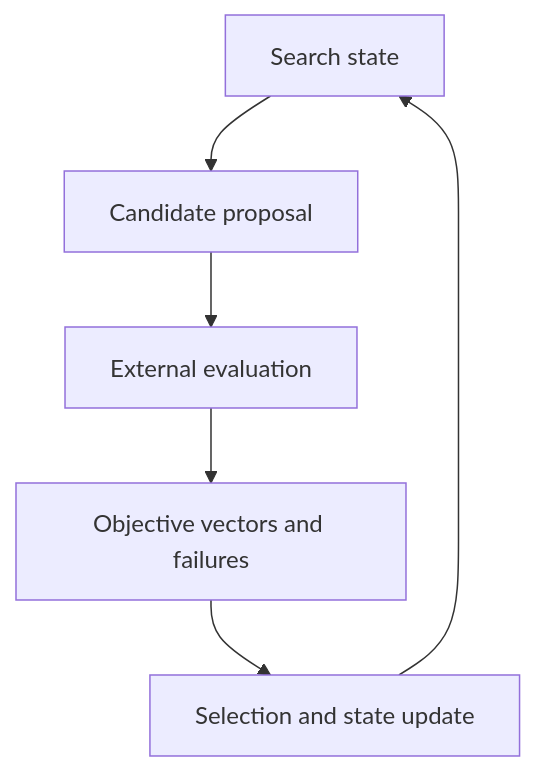
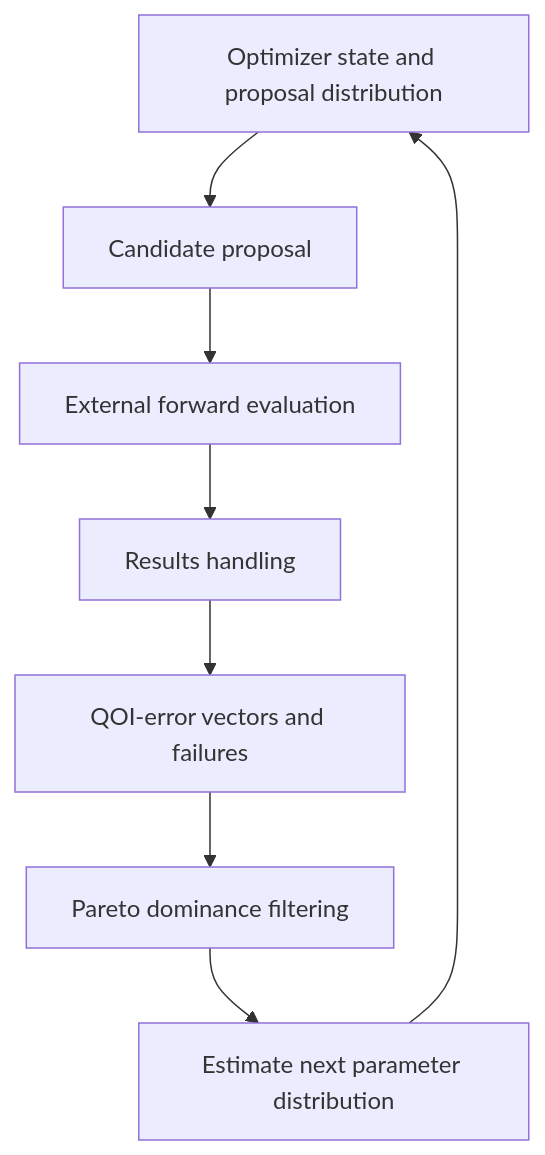
One commit to eragasa/projectkoios-frankenstein changed the diagram in docs/architecture/multi-objective-optimization/architecture/index.md. Above: the diagram before and after it, drawn with Mermaid. The commit also changed other lines of this file and 385 other files, not shown here.

````diff
--- a/docs/architecture/multi-objective-optimization/architecture/index.md
+++ b/docs/architecture/multi-objective-optimization/architecture/index.md
@@ -8,8 +8,10 @@
 ```mermaid
 flowchart TD
-    S[Search state] --> P[Candidate proposal]
-    P --> E[External evaluation]
-    E --> V[Objective vectors and failures]
-    V --> U[Selection and state update]
-    U --> S
+    S[Optimizer state and proposal distribution] --> P[Candidate proposal]
+    P --> E[External forward evaluation]
+    E --> H[Results handling]
+    H --> V[QOI-error vectors and failures]
+    V --> D[Pareto dominance filtering]
+    D --> K[Estimate next parameter distribution]
+    K --> S
 ```
````
